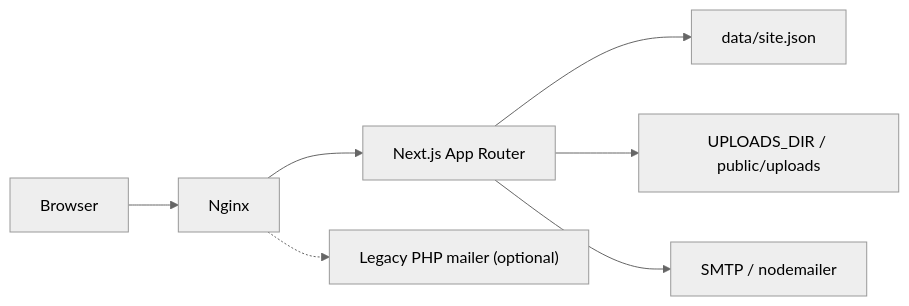
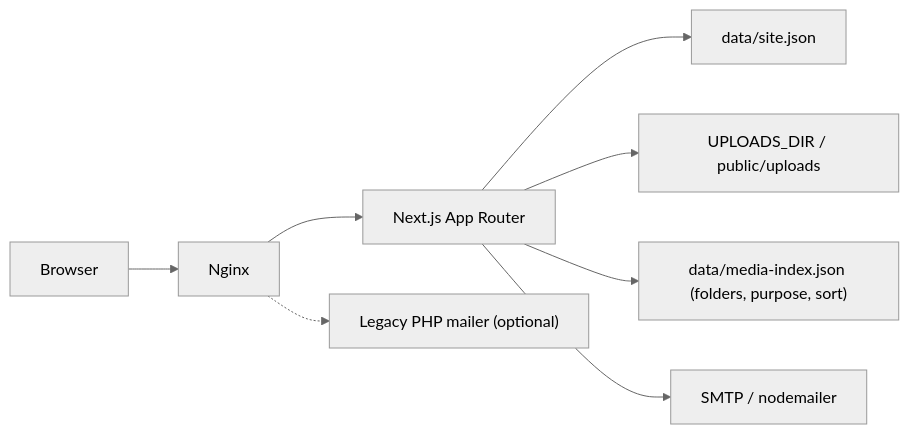
One commit to murziksasha/properservice changed the first of 2 diagrams in docs/architecture.md. Above: the diagram before and after it, drawn with Mermaid (neutral theme). The commit also changed 12 other files, not shown here.

````diff
--- a/docs/architecture.md
+++ b/docs/architecture.md
@@ -5,9 +5,10 @@
 ```mermaid
 flowchart LR
   Browser --> Nginx
   Nginx --> Next[Next.js App Router]
   Next --> Data["data/site.json"]
   Next --> Uploads["UPLOADS_DIR / public/uploads"]
+  Next --> MediaIdx["data/media-index.json (folders, purpose, sort)"]
   Next --> SMTP[SMTP / nodemailer]
   Nginx -.-> PHP["Legacy PHP mailer (optional)"]
 ```
````
